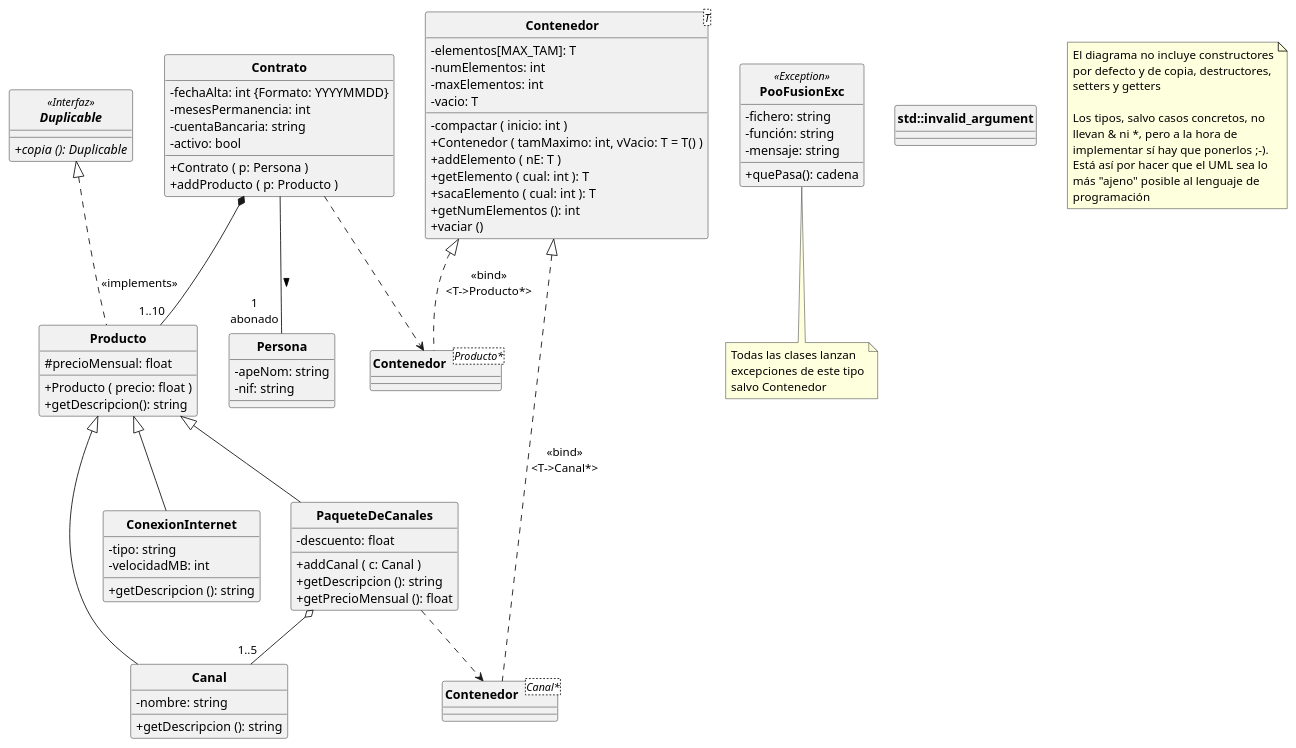
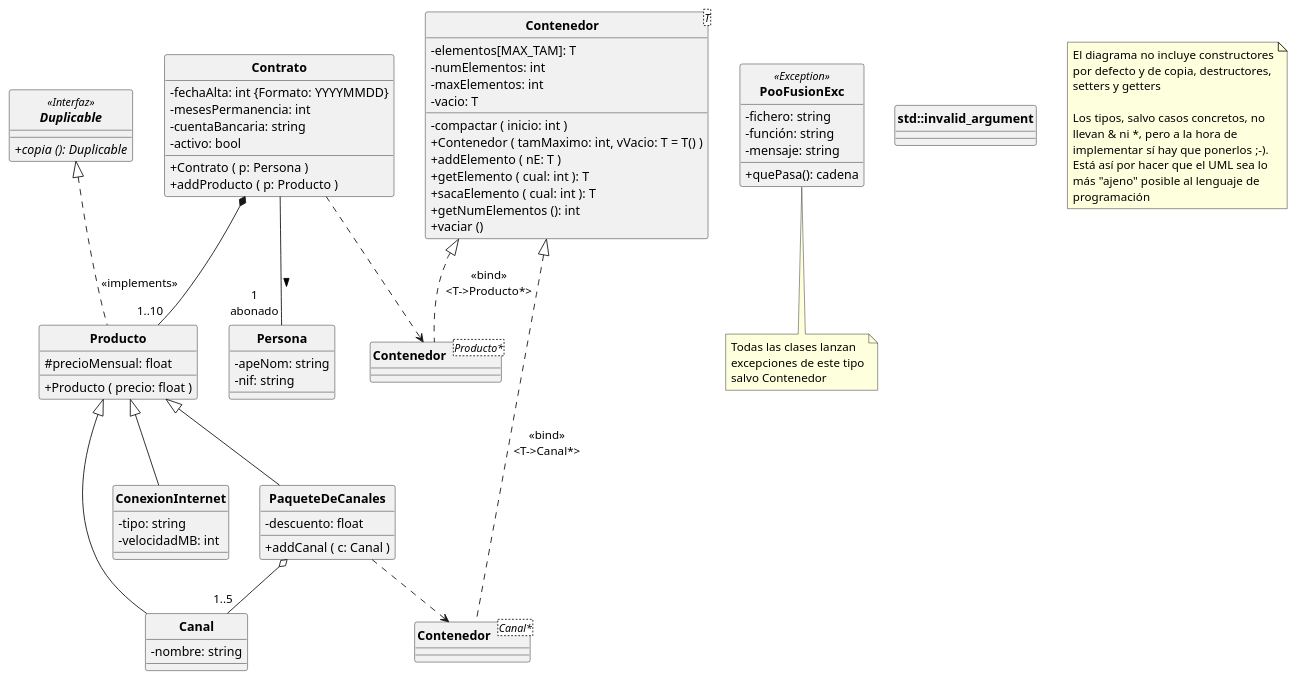
One commit to POOUJA/PooFusion changed the diagram in PooFusion.puml. Above: the diagram before and after it, drawn with PlantUML. The commit also changed 11 other files, not shown here.

```diff
--- a/PooFusion.puml
+++ b/PooFusion.puml
@@ -1,110 +1,105 @@
 @startuml
 
 hide circle
 skinparam classattributeiconsize 0
 skinparam classFontStyle bold
 
 interface Duplicable<<Interfaz>> {
    + {abstract} copia (): Duplicable
 }
 
 class Persona {
    - apeNom: string
    - nif: string
 }
 
 class Contrato {
    - fechaAlta: int {Formato: YYYYMMDD}
    - mesesPermanencia: int
    - cuentaBancaria: string
    - activo: bool
    + Contrato ( p: Persona )
    + addProducto ( p: Producto )
 }
 
 class Producto {
    # precioMensual: float
    + Producto ( precio: float )
-   + getDescripcion(): string
 }
 
 class ConexionInternet {
    - tipo: string
    - velocidadMB: int
-   + getDescripcion (): string
 }
 
 class Canal {
    - nombre: string
-   + getDescripcion (): string
 }
 
 class PaqueteDeCanales {
    - descuento: float
    + addCanal ( c: Canal )
-   + getDescripcion (): string
-   + getPrecioMensual (): float
 }
 
 class Contenedor<T> {
    - elementos[MAX_TAM]: T
    - numElementos: int
    - maxElementos: int
    - vacio: T
 
    - compactar ( inicio: int )
    + Contenedor ( tamMaximo: int, vVacio: T = T() )
    + addElemento ( nE: T )
    + getElemento ( cual: int ): T
    + sacaElemento ( cual: int ): T
    + getNumElementos (): int
    + vaciar ()
 }
 
 class PooFusionExc<<Exception>> {
    - fichero: string
    - función: string
    - mensaje: string
    + quePasa(): cadena
 }
 note bottom of PooFusionExc
    Todas las clases lanzan
    excepciones de este tipo
    salvo Contenedor
 end note
 
 class std::invalid_argument
 
 class "Contenedor<Canal*>" as CC {
 }
 
 class "Contenedor<Producto*>" as CP{
 }
 
 
 Contrato -- "1\nabonado" Persona: >
 Producto <|-- ConexionInternet 
 Producto <|-- Canal
 Producto <|-- PaqueteDeCanales
 Contenedor <|.. CP: <<bind>>\n<T->Producto*>
 Contrato ..> CP
 Contrato *-- "1..10" Producto
 Duplicable <|.. Producto: <<implements>>
 Contenedor <|.. CC: <<bind>>\n<T->Canal*>
 PaqueteDeCanales o-- "1..5"Canal
 PaqueteDeCanales ..> CC
 
 note as Nota1
    El diagrama no incluye constructores
    por defecto y de copia, destructores,
    setters y getters
 
    Los tipos, salvo casos concretos, no
    llevan & ni *, pero a la hora de
    implementar sí hay que ponerlos ;-). 
    Está así por hacer que el UML sea lo
    más "ajeno" posible al lenguaje de
    programación
 end note
 
 @enduml
```
